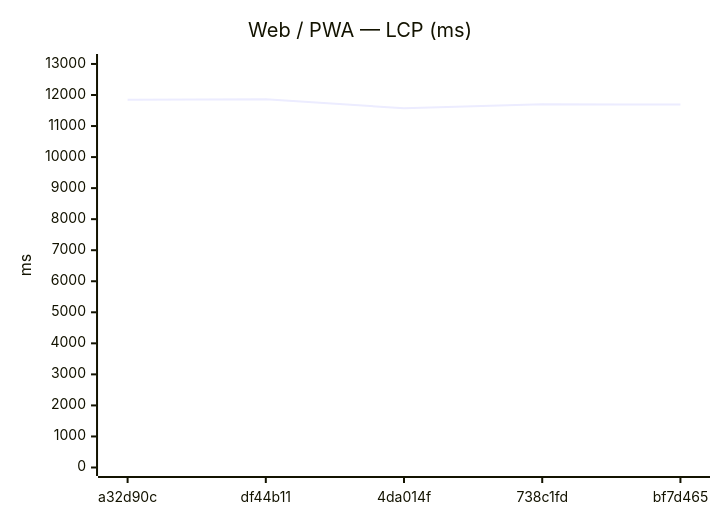
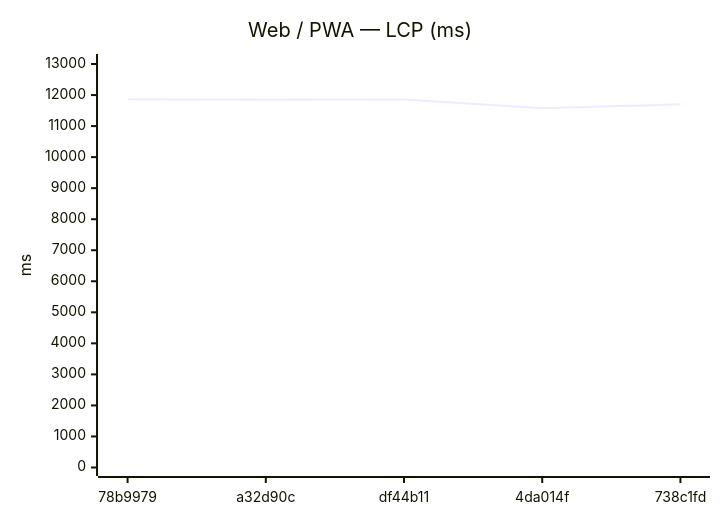
One commit to Metaheurist/Rianell changed the ninth of 24 diagrams in benchmarks/compare.md. Above: the diagram before and after it, drawn with Mermaid. The commit also changed other lines of this file and 12 other files, not shown here.

````diff
--- a/benchmarks/compare.md
+++ b/benchmarks/compare.md
@@ -144,7 +144,7 @@
 ```mermaid
 xychart-beta
     title "Web / PWA — LCP (ms)"
-    x-axis ["a32d90c", "df44b11", "4da014f", "738c1fd", "bf7d465"]
-    y-axis "ms" 0 --> 13047
-    line [11845, 11860, 11572, 11701, 11691]
+    x-axis ["78b9979", "a32d90c", "df44b11", "4da014f", "738c1fd"]
+    y-axis "ms" 0 --> 13049
+    line [11862, 11845, 11860, 11572, 11701]
 ```
````
